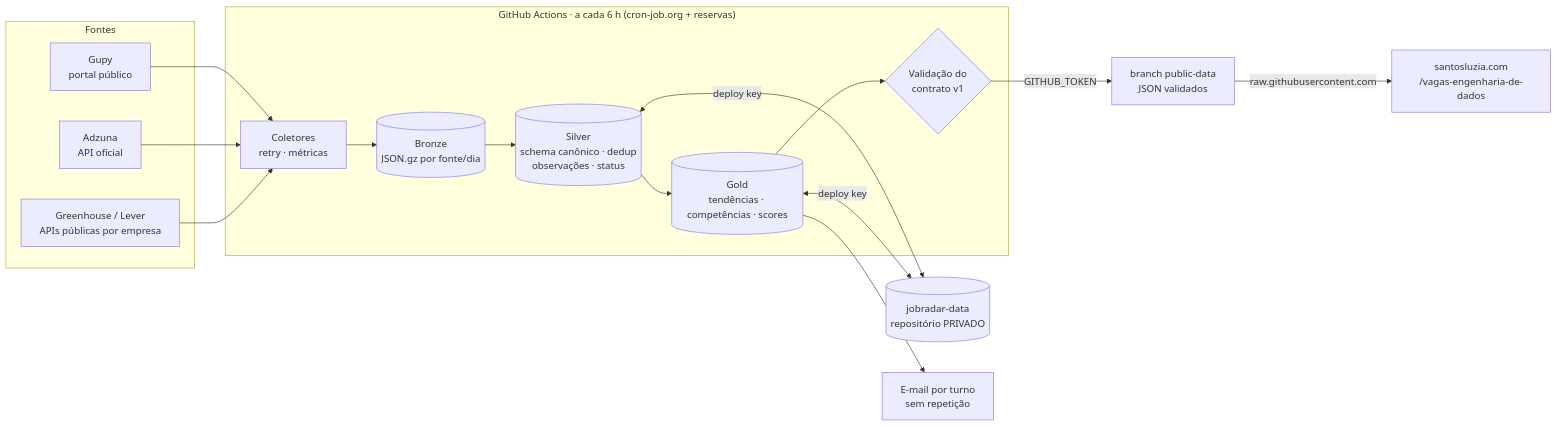
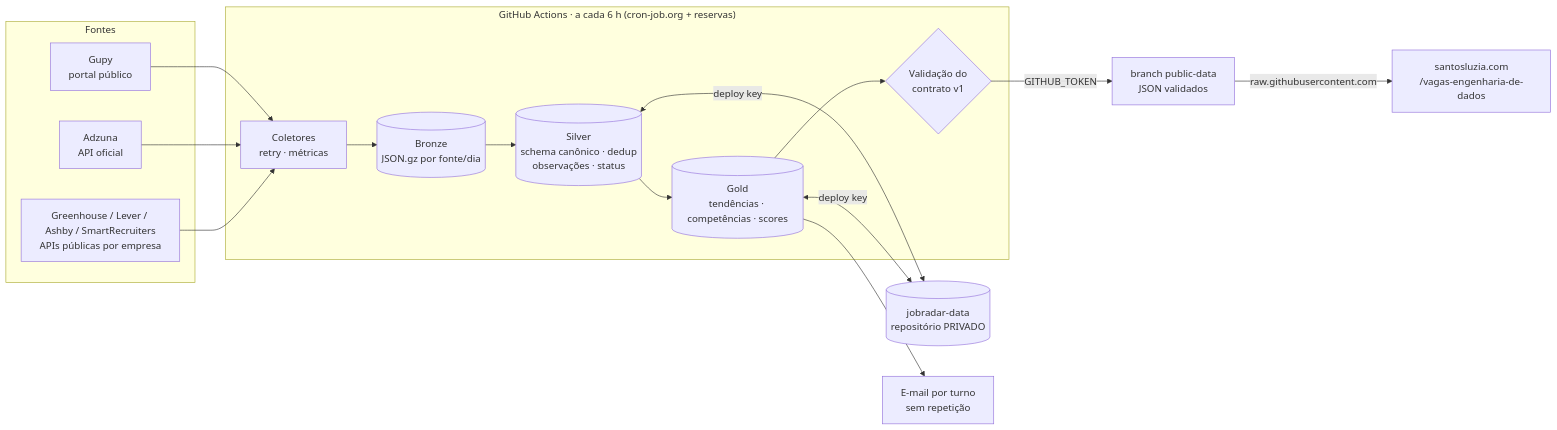
The diagram in README.md (santosluzia/JobRadar), drawn with Mermaid before and after one commit. The commit also changed other lines of this file and 18 other files, not shown here.

First line of the commit message:
Adaptadores Ashby e SmartRecruiters; Lever com anúncio completo e país

````diff
--- a/README.md
+++ b/README.md
@@ -50,19 +51,19 @@
 ```mermaid
 flowchart LR
   subgraph Fontes
     G[Gupy<br/>portal público]
     A[Adzuna<br/>API oficial]
-    GH[Greenhouse / Lever<br/>APIs públicas por empresa]
+    GH[Greenhouse / Lever / Ashby / SmartRecruiters<br/>APIs públicas por empresa]
   end
   subgraph Actions["GitHub Actions · a cada 6 h (cron-job.org + reservas)"]
     C[Coletores<br/>retry · métricas] --> B[(Bronze<br/>JSON.gz por fonte/dia)]
     B --> S[(Silver<br/>schema canônico · dedup<br/>observações · status)]
     S --> GO[(Gold<br/>tendências · competências · scores)]
     GO --> V{Validação do<br/>contrato v1}
   end
   G & A & GH --> C
   S & GO <-->|deploy key| P[(jobradar-data<br/>repositório PRIVADO)]
   V -->|GITHUB_TOKEN| PD[branch public-data<br/>JSON validados]
   GO --> E[E-mail por turno<br/>sem repetição]
   PD -->|raw.githubusercontent.com| SITE[santosluzia.com<br/>/vagas-engenharia-de-dados]
 ```
````
